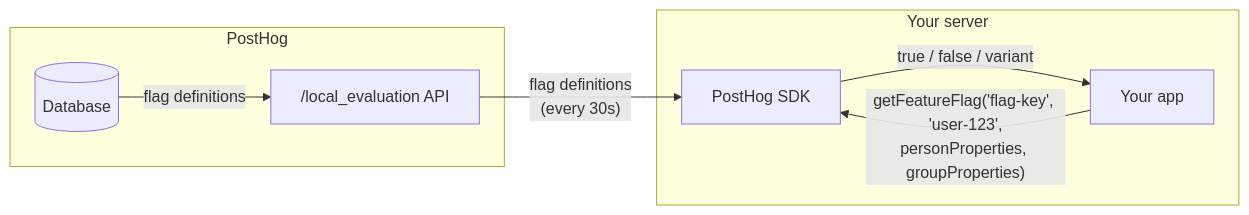
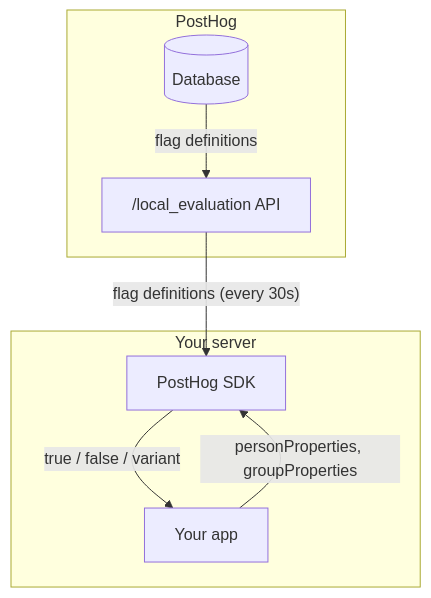
One commit to PostHog/posthog.com changed the second of 2 diagrams in contents/docs/feature-flags/local-evaluation/index.mdx. Above: the diagram before and after it, drawn with Mermaid. The commit also changed other lines of this file, not shown here.

First line of the commit message:
Fix diagram layout and remove literal \n characters

````diff
--- a/contents/docs/feature-flags/local-evaluation/index.mdx
+++ b/contents/docs/feature-flags/local-evaluation/index.mdx
@@ -44,15 +42,15 @@
 ```mermaid
-flowchart LR
+flowchart TD
     subgraph posthog ["PostHog"]
+        db[("Database")]
         api["/local_evaluation API"]
-        db[("Database")]
     end
     subgraph your-server ["Your server"]
         sdk["PostHog SDK"]
         app["Your app"]
     end
     db -- "flag definitions" --> api
-    api -- "flag definitions\n(every 30s)" --> sdk
-    app -- "getFeatureFlag('flag-key', 'user-123',\npersonProperties, groupProperties)" --> sdk
+    api -- "flag definitions (every 30s)" --> sdk
+    app -- "personProperties, groupProperties" --> sdk
     sdk -- "true / false / variant" --> app
 ```
````
